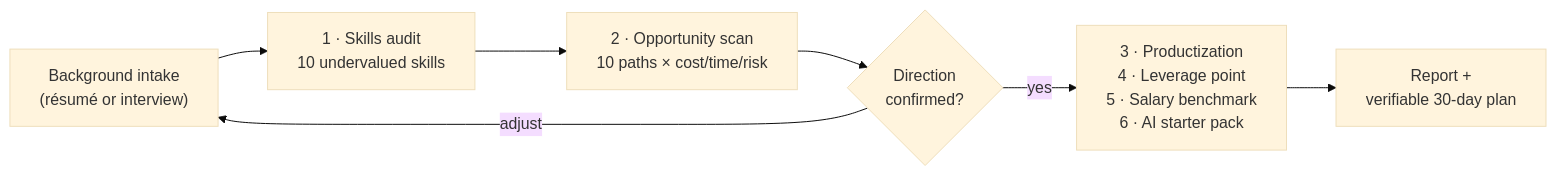
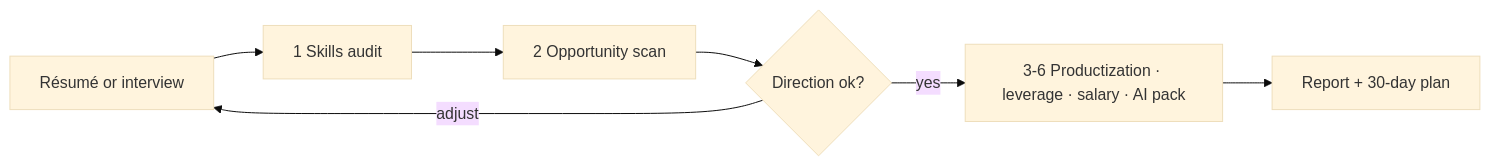
The diagram in README.md (zhengqiuyang/monetize-skill), drawn with Mermaid (base theme) before and after one commit. The commit also changed other lines of this file, not shown here.

````diff
--- a/README.md
+++ b/README.md
@@ -45,9 +54,9 @@
 ```mermaid
 flowchart LR
-    A["Background intake<br/>(résumé or interview)"] --> B["1 · Skills audit<br/>10 undervalued skills"]
-    B --> C["2 · Opportunity scan<br/>10 paths × cost/time/risk"]
-    C --> D{"Direction<br/>confirmed?"}
-    D -- yes --> E["3 · Productization<br/>4 · Leverage point<br/>5 · Salary benchmark<br/>6 · AI starter pack"]
+    A["Résumé or interview"] --> B["1 Skills audit"]
+    B --> C["2 Opportunity scan"]
+    C --> D{"Direction ok?"}
+    D -- yes --> E["3-6 Productization · leverage · salary · AI pack"]
     D -- adjust --> A
-    E --> F["Report +<br/>verifiable 30-day plan"]
+    E --> F["Report + 30-day plan"]
 ```
````
